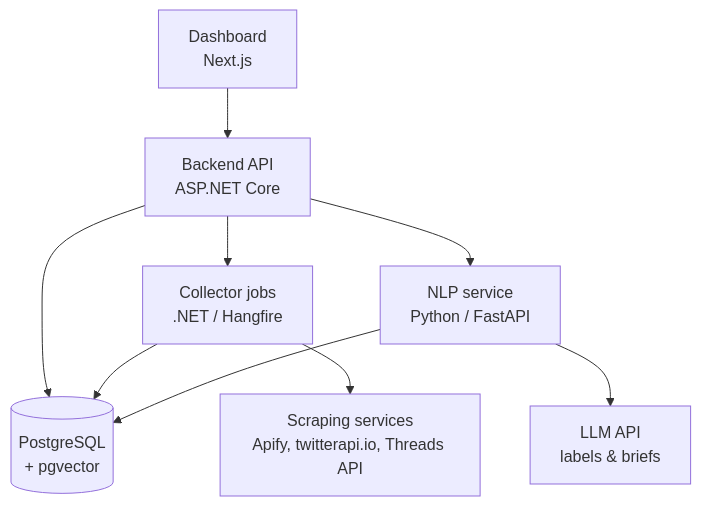
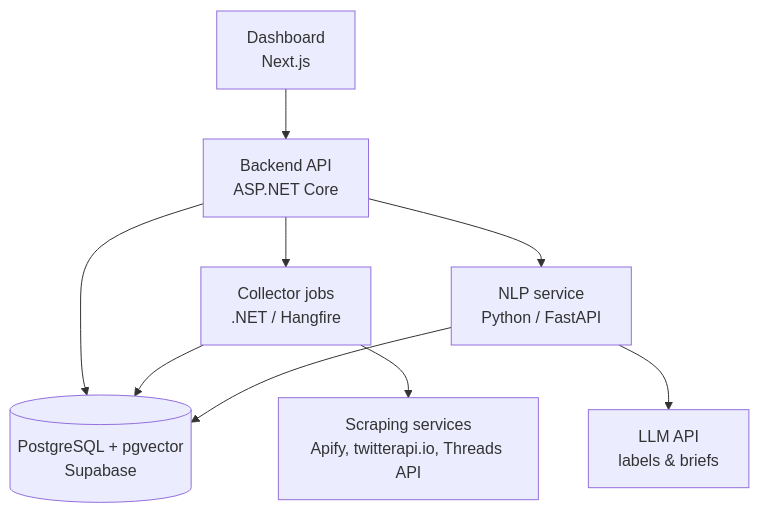
One commit to hasaanhameed/PakPulse changed the diagram in docs/ARCHITECTURE.md. Above: the diagram before and after it, drawn with Mermaid. The commit also changed other lines of this file and 7 other files, not shown here.

````diff
--- a/docs/ARCHITECTURE.md
+++ b/docs/ARCHITECTURE.md
@@ -27,11 +27,11 @@
 ```mermaid
 flowchart TB
     UI[Dashboard<br/>Next.js] --> API[Backend API<br/>ASP.NET Core]
     API --> COL[Collector jobs<br/>.NET / Hangfire]
-    API --> DB[(PostgreSQL<br/>+ pgvector)]
+    API --> DB[(PostgreSQL + pgvector<br/>Supabase)]
     API --> NLP[NLP service<br/>Python / FastAPI]
     COL --> DB
     NLP --> DB
     COL --> SRC[Scraping services<br/>Apify, twitterapi.io, Threads API]
     NLP --> LLM[LLM API<br/>labels & briefs]
 ```
````
